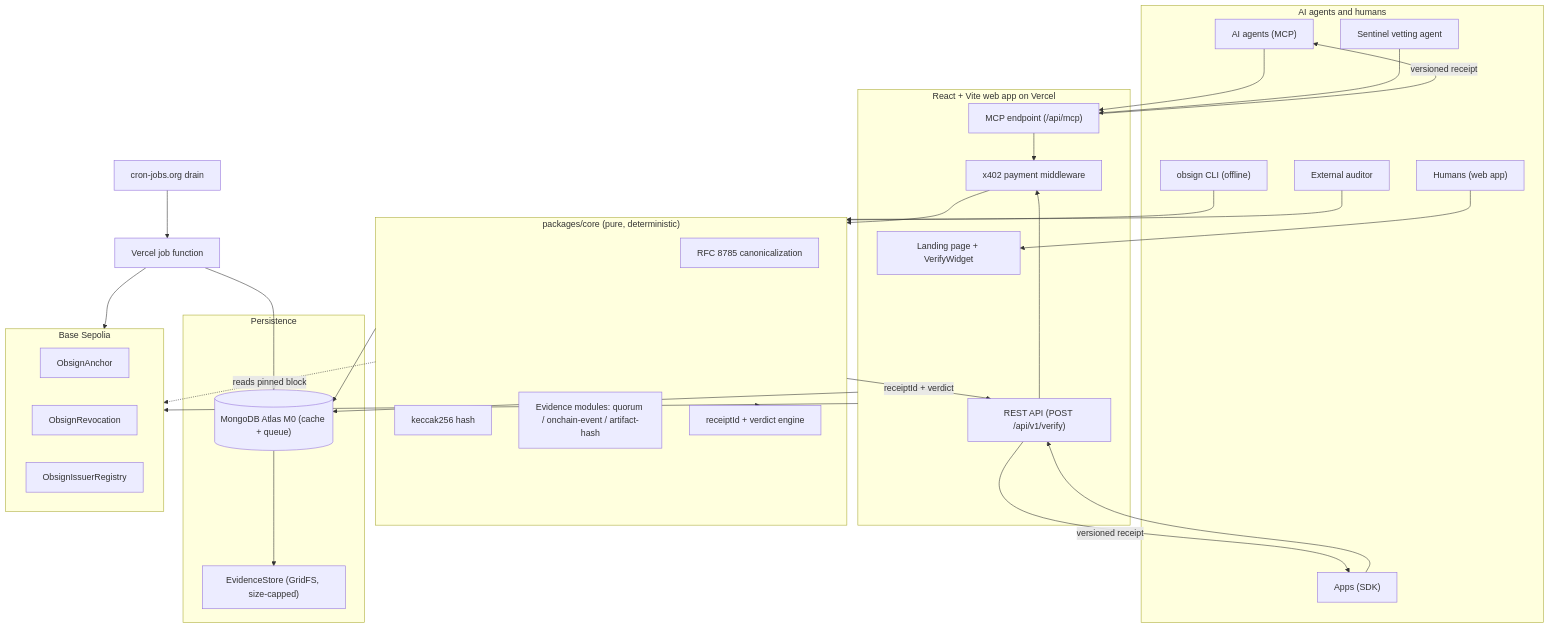
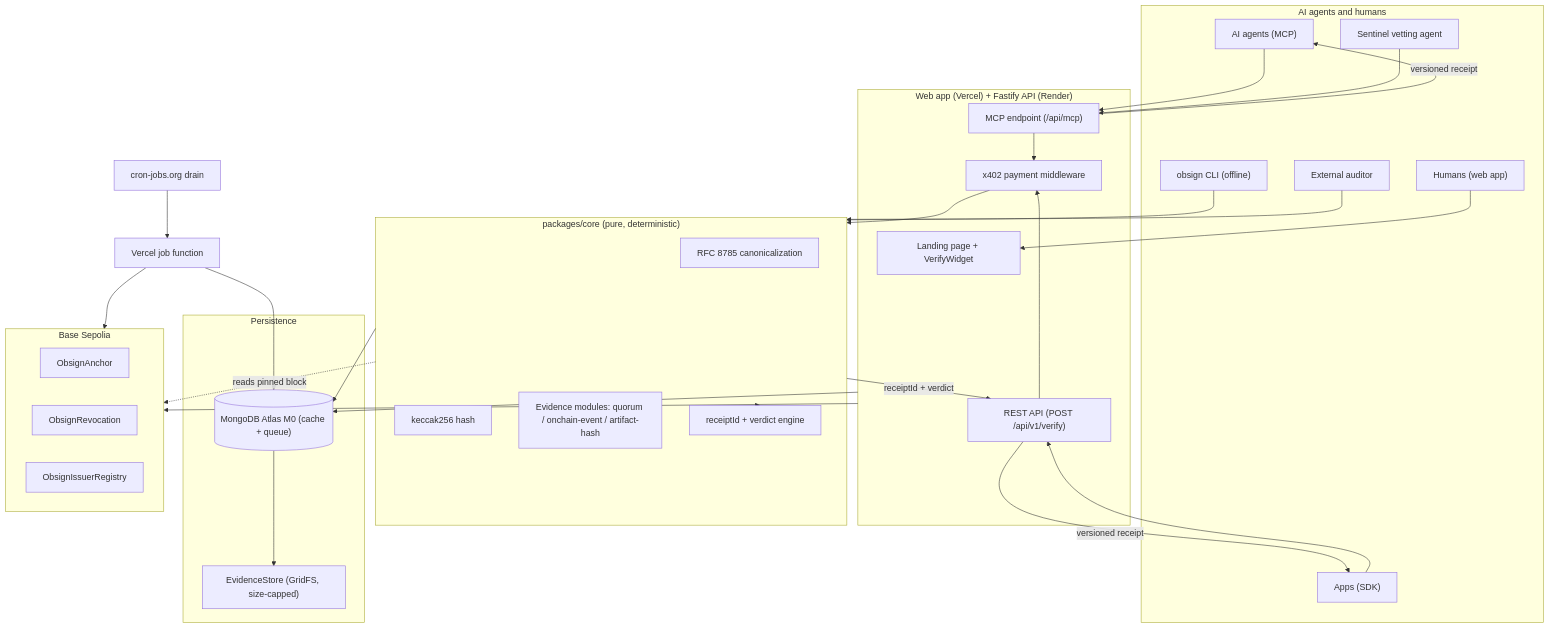
The diagram in README.md (Dominion116/obsign), drawn with Mermaid before and after one commit. The commit also changed other lines of this file and 31 other files, not shown here.

````diff
--- a/README.md
+++ b/README.md
@@ -179,61 +181,61 @@
 ```mermaid
 flowchart TB
     subgraph Clients["AI agents and humans"]
         AGENT["AI agents (MCP)"]
         APP["Apps (SDK)"]
         HUMAN["Humans (web app)"]
         CLI["obsign CLI (offline)"]
         AUDITOR["External auditor"]
         SENTINEL["Sentinel vetting agent"]
     end
 
-    subgraph API["React + Vite web app on Vercel"]
+    subgraph API["Web app (Vercel) + Fastify API (Render)"]
         UI["Landing page + VerifyWidget"]
         REST["REST API (POST /api/v1/verify)"]
         MCP["MCP endpoint (/api/mcp)"]
         X402["x402 payment middleware"]
     end
 
     subgraph Core["packages/core (pure, deterministic)"]
         CANON["RFC 8785 canonicalization"]
         HASH["keccak256 hash"]
         MODS["Evidence modules: quorum / onchain-event / artifact-hash"]
         RECEIPT["receiptId + verdict engine"]
     end
 
     subgraph Data["Persistence"]
         DB[("MongoDB Atlas M0 (cache + queue)")]
         STORE["EvidenceStore (GridFS, size-capped)"]
     end
 
     subgraph Chain["Base Sepolia"]
         ANCHOR["ObsignAnchor"]
         REVOKE["ObsignRevocation"]
         REG["ObsignIssuerRegistry"]
     end
 
     AGENT --> MCP
     APP --> REST
     REST --> X402
     MCP --> X402
     X402 --> Core
     CLI --> Core
     AUDITOR --> Core
     HUMAN --> UI
     SENTINEL --> MCP
 
     Core --> RECEIPT
     Core --> DB
     DB --> STORE
 
     API --> DB
     CRON["cron-jobs.org drain"] --> JOB["Vercel job function"]
     JOB --> DB
     JOB --> Chain
     API --> Chain
     Core -. "reads pinned block" .-> Chain
 
     Core -->|"receiptId + verdict"| REST
     REST -->|"versioned receipt"| APP
     MCP -->|"versioned receipt"| AGENT
 ```
````
